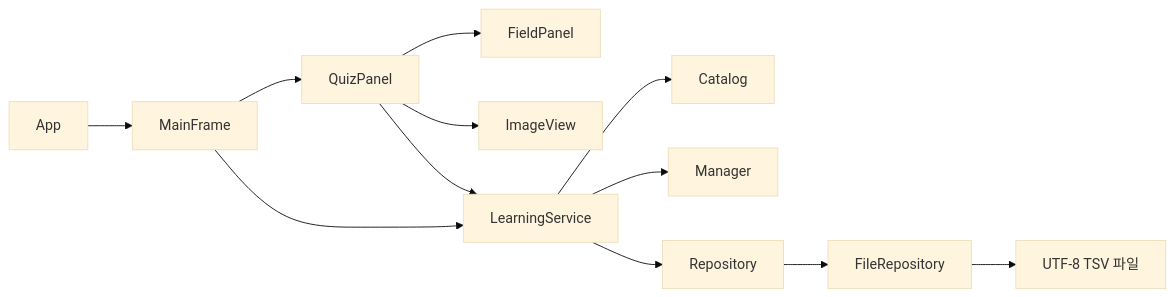
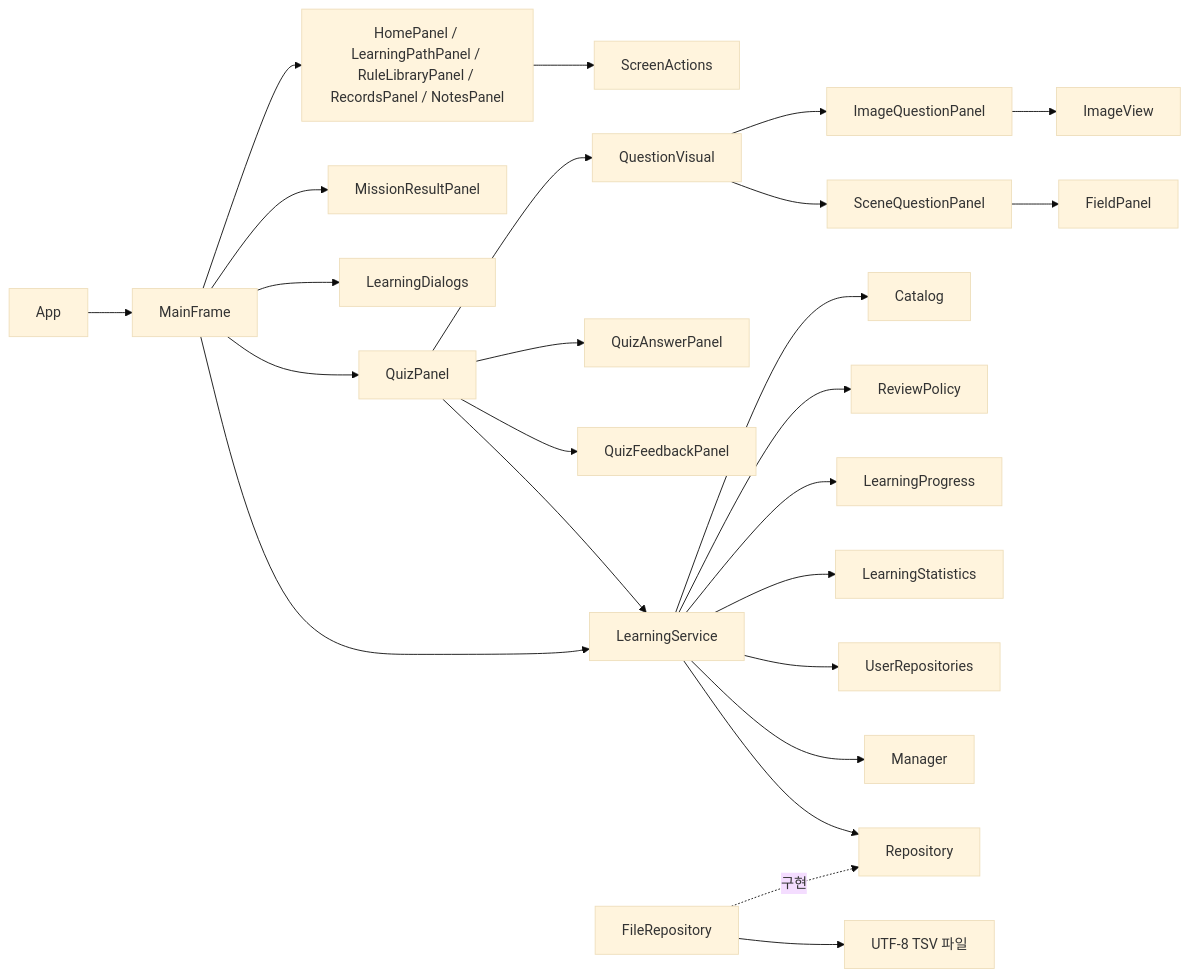
One commit to yoojinseo325/oopteamproject_i changed the diagram in docs/ARCHITECTURE.md. Above: the diagram before and after it, drawn with Mermaid (base theme). The commit also changed other lines of this file and 20 other files, not shown here.

````diff
--- a/docs/ARCHITECTURE.md
+++ b/docs/ARCHITECTURE.md
@@ -7,14 +7,27 @@
 ```mermaid
 flowchart LR
   App --> MainFrame
+  MainFrame --> Pages[HomePanel / LearningPathPanel / RuleLibraryPanel / RecordsPanel / NotesPanel]
+  MainFrame --> MissionResultPanel
+  MainFrame --> LearningDialogs
   MainFrame --> QuizPanel
-  QuizPanel --> FieldPanel
-  QuizPanel --> ImageView
+  Pages --> ScreenActions
+  QuizPanel --> QuestionVisual
+  QuestionVisual --> ImageQuestionPanel
+  QuestionVisual --> SceneQuestionPanel
+  SceneQuestionPanel --> FieldPanel
+  ImageQuestionPanel --> ImageView
+  QuizPanel --> QuizAnswerPanel
+  QuizPanel --> QuizFeedbackPanel
   MainFrame --> LearningService
   QuizPanel --> LearningService
   LearningService --> Catalog
+  LearningService --> ReviewPolicy
+  LearningService --> LearningProgress
+  LearningService --> LearningStatistics
+  LearningService --> UserRepositories
   LearningService --> Manager
   LearningService --> Repository
-  Repository --> FileRepository
+  FileRepository -.구현.-> Repository
   FileRepository --> TSV[UTF-8 TSV 파일]
 ```
````
